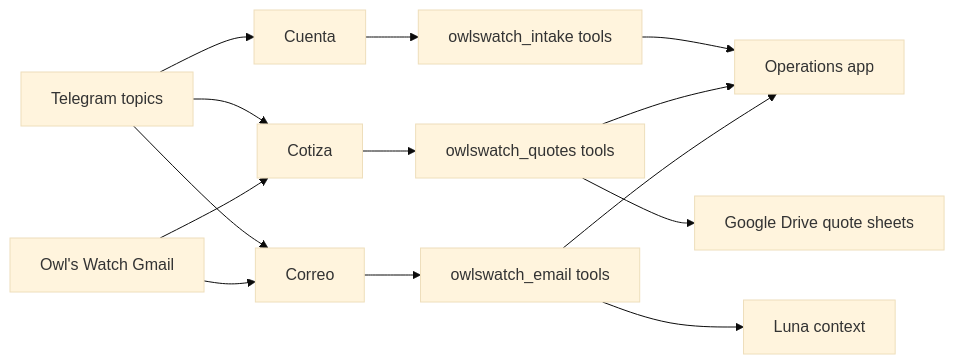
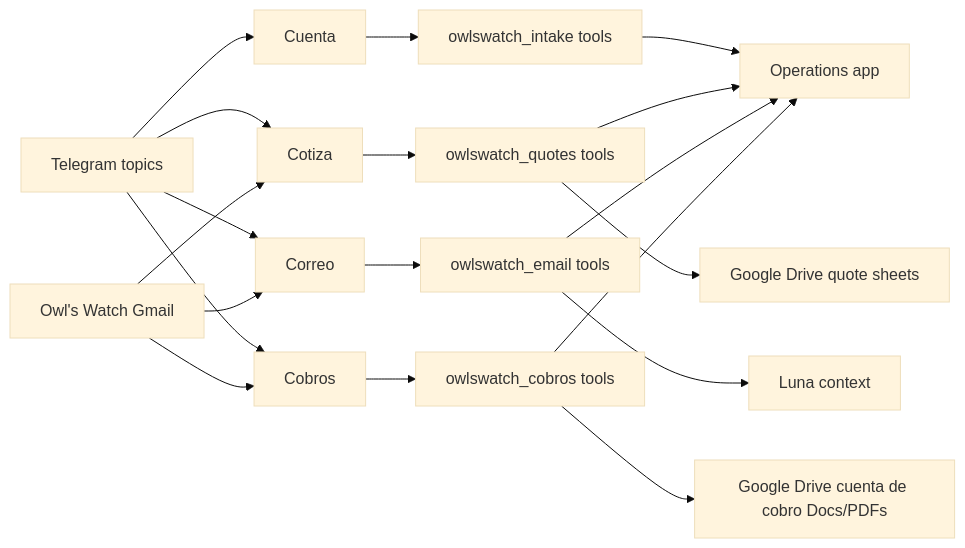
The diagram in docs/architecture.md (steadydee/owagents), drawn with Mermaid (base theme) before and after one commit. The commit also changed other lines of this file and 24 other files, not shown here.

Commit message:
Add Cobros cuenta de cobro agent

````diff
--- a/docs/architecture.md
+++ b/docs/architecture.md
@@ -5,16 +5,21 @@
 ```mermaid
 flowchart LR
   Telegram["Telegram topics"] --> Cuenta["Cuenta"]
   Telegram --> Cotiza["Cotiza"]
   Telegram --> Correo["Correo"]
+  Telegram --> Cobros["Cobros"]
   Gmail["Owl's Watch Gmail"] --> Cotiza
   Gmail --> Correo
+  Gmail --> Cobros
   Cuenta --> IntakeTools["owlswatch_intake tools"]
   Cotiza --> QuoteTools["owlswatch_quotes tools"]
   Correo --> EmailTools["owlswatch_email tools"]
+  Cobros --> CobrosTools["owlswatch_cobros tools"]
   IntakeTools --> Operations["Operations app"]
   QuoteTools --> Operations
   EmailTools --> Operations
+  CobrosTools --> Operations
   EmailTools --> Luna["Luna context"]
   QuoteTools --> Drive["Google Drive quote sheets"]
+  CobrosTools --> DriveDocs["Google Drive cuenta de cobro Docs/PDFs"]
 ```
````
